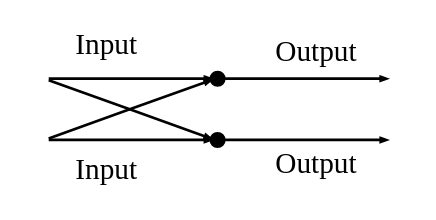
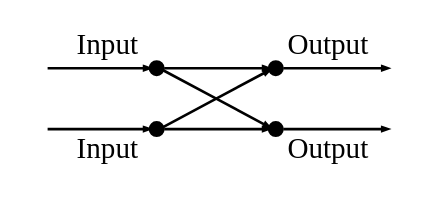
One commit to Jegp/thesis changed the diagram in report/chapters/volr/example2.dot. Above: the diagram before and after it, drawn with Graphviz. The commit also changed 13 other files, not shown here.

```diff
--- a/report/chapters/volr/example2.dot
+++ b/report/chapters/volr/example2.dot
@@ -1,17 +1,19 @@
 digraph example2 {
     rankdir = "LR";
     ratio=0.2;
     graph [margin=0];
     edge [arrowsize=0.2, labelfontsize=11];
     node [shape=point, width=0.07];
 
-    s_0, s_1, o_1, o_2 [color=white, label=" "];
+    i_1, i_2, o_1, o_2 [color=white, label=" "];
 
+    i_1 -> s_0  [taillabel="Input", labelangle=20, labeldistance=2.4];
+    i_2 -> s_1  [taillabel="Input", labelangle=-20, labeldistance=2.4];
     s_0 -> p_1;
     s_1 -> p_0;
-    s_0 -> p_0 [taillabel="Input", labelangle=50, labeldistance=2.5];
-    s_1 -> p_1 [taillabel="Input", labelangle=-50, labeldistance=2.5];
-    p_0 -> o_1 [headlabel="Output", labelangle=20, labeldistance=2.8];
-    p_1 -> o_2 [headlabel="Output", labelangle=-20, labeldistance=2.8]
+    s_0 -> p_0;
+    s_1 -> p_1;
+    p_0 -> o_1 [headlabel="Output", labelangle=20, labeldistance=2.4];
+    p_1 -> o_2 [headlabel="Output", labelangle=-20, labeldistance=2.4]
 
 }
```
